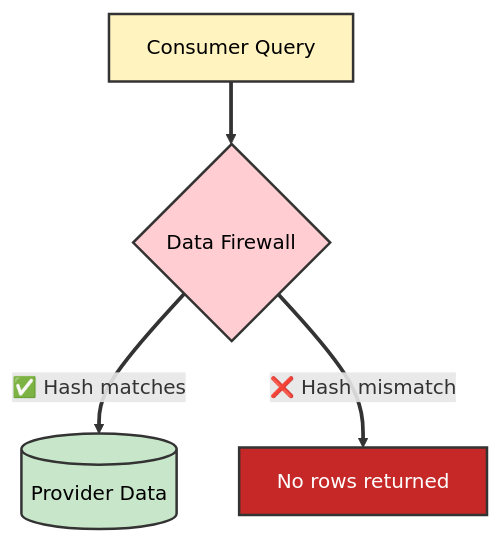
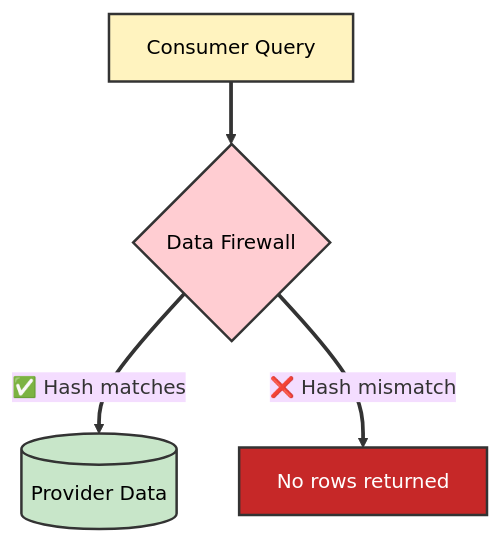
Before and after one commit to sfc-gh-vshiv/sfquickstart-data-clean-room: the fourth of 4 diagrams in DCR_Flow_and_Cost_Guide.md, drawn with Mermaid. The commit also changed other lines of this file and 1 other file, not shown here.

Commit message:
Update font size in DCR Flow and Cost Guide Mermaid diagrams for enhanced readability and visual consistency across both advertiser and provider sections.

````diff
--- a/DCR_Flow_and_Cost_Guide.md
+++ b/DCR_Flow_and_Cost_Guide.md
@@ -171,13 +171,14 @@
 ```mermaid
+%%{init: {'theme': 'base', 'themeVariables': {'fontSize': '16px'}}}%%
 flowchart TB
     Q[Consumer Query] ==> DF{Data Firewall}
     DF ==>|"✅ Hash matches"| D[(Provider Data)]
     DF ==>|"❌ Hash mismatch"| X[No rows returned]
     
     style Q fill:#fff3bf,stroke:#333,stroke-width:2px,color:#000
     style DF fill:#ffcdd2,stroke:#333,stroke-width:2px,color:#000
     style D fill:#c8e6c9,stroke:#333,stroke-width:2px,color:#000
     style X fill:#c62828,stroke:#333,stroke-width:2px,color:#fff
     
     linkStyle default stroke:#333,stroke-width:3px
 ```
````
